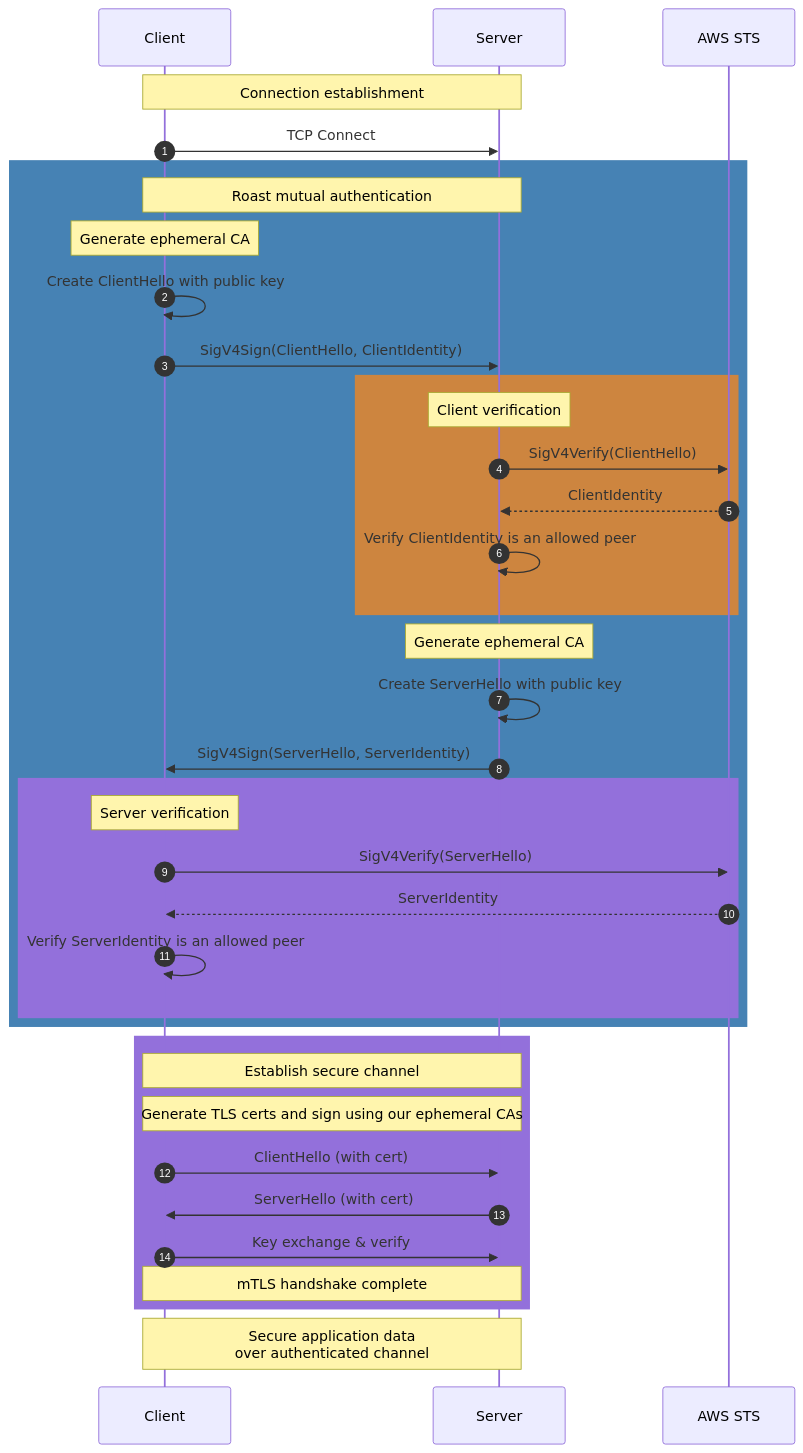
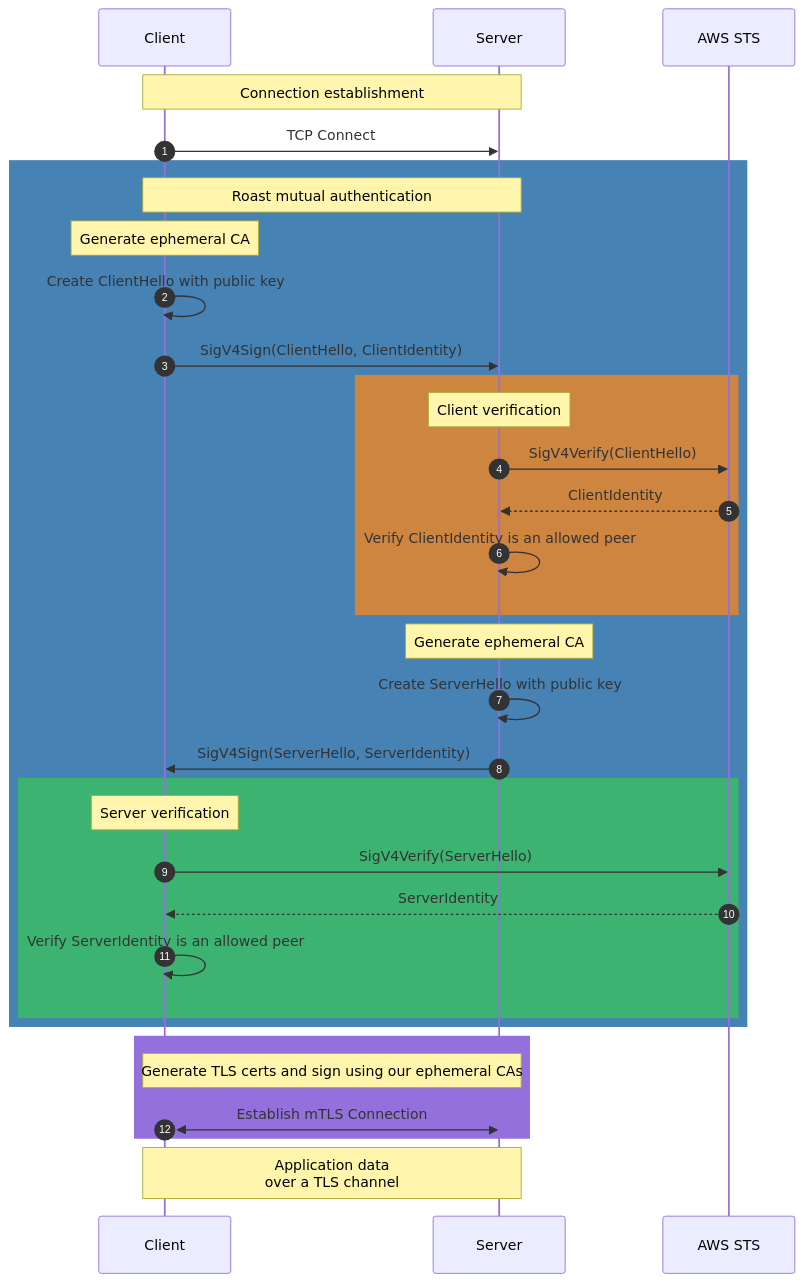
Before and after one commit to thomasdesr/roast: the second of 2 diagrams in docs/protocol.md, drawn with Mermaid. The commit also changed other lines of this file, not shown here.

Commit message:
more diagram cleanup

````diff
--- a/docs/protocol.md
+++ b/docs/protocol.md
@@ -97,47 +95,43 @@
 ```mermaid
 sequenceDiagram
     autonumber
     participant C as Client  
     participant S as Server
     participant AWS as AWS STS
 
     Note over C,S: Connection establishment
     C->>S: TCP Connect
 
     rect rgb(70, 130, 180)
         Note over C,S: Roast mutual authentication
         
         Note over C: Generate ephemeral CA
         C->>C: Create ClientHello with public key
         C->>S: SigV4Sign(ClientHello, ClientIdentity)
         
         rect rgb(205, 133, 63)
             Note over S: Client verification
             S->>AWS: SigV4Verify(ClientHello)
             AWS-->>S: ClientIdentity
             S->>S: Verify ClientIdentity is an allowed peer
         end
         
         Note over S: Generate ephemeral CA
         S->>S: Create ServerHello with public key
         S->>C: SigV4Sign(ServerHello, ServerIdentity)
         
-        rect rgb(147, 112, 219)
+        rect rgb(60, 179, 113)
             Note over C: Server verification
             C->>AWS: SigV4Verify(ServerHello)
             AWS-->>C: ServerIdentity
             C->>C: Verify ServerIdentity is an allowed peer
         end
     end
 
     rect rgb(147, 112, 219)
-        Note over C,S: Establish secure channel
         Note over C,S: Generate TLS certs and sign using our ephemeral CAs
-        C->>S: ClientHello (with cert)
-        S->>C: ServerHello (with cert)
-        C->>S: Key exchange & verify
-        Note over C,S: mTLS handshake complete
+        C<<->>S: Establish mTLS Connection
     end
 
-    Note over C,S: Secure application data<br/>over authenticated channel
+    Note over C,S: Application data<br/>over a TLS channel
 ```
````
